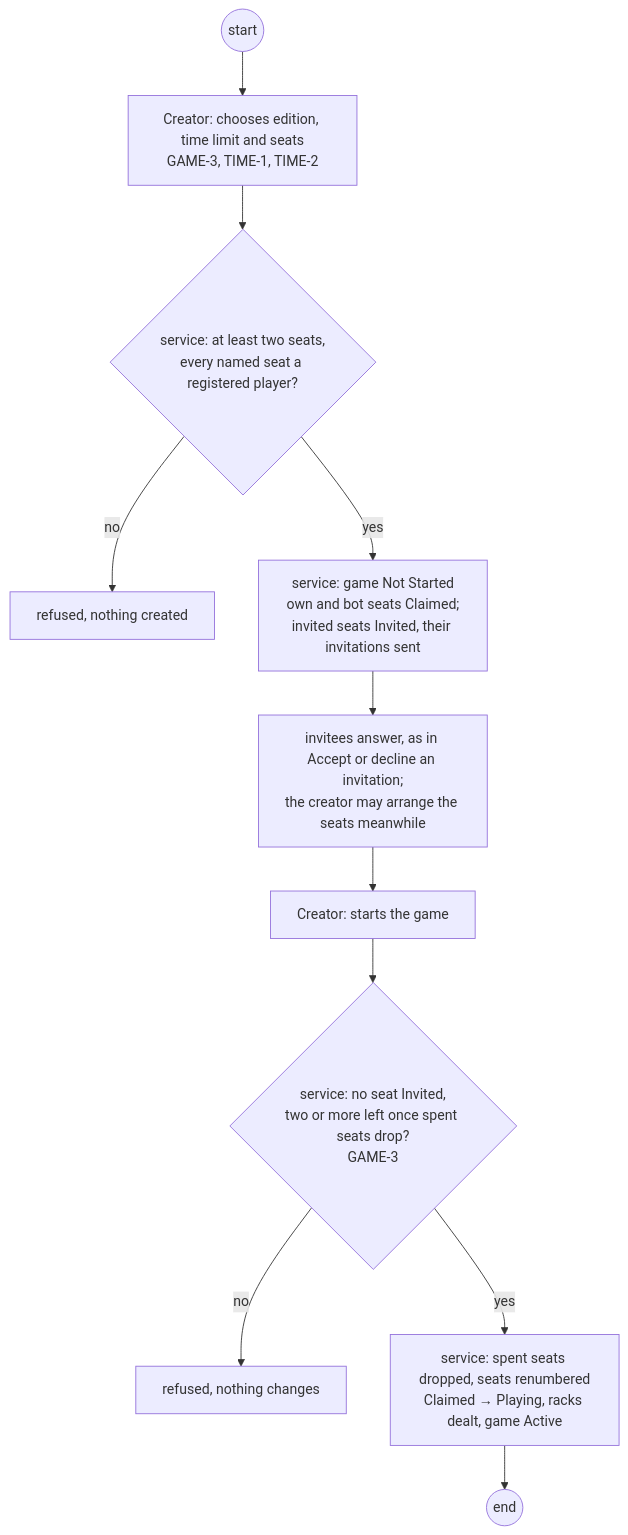
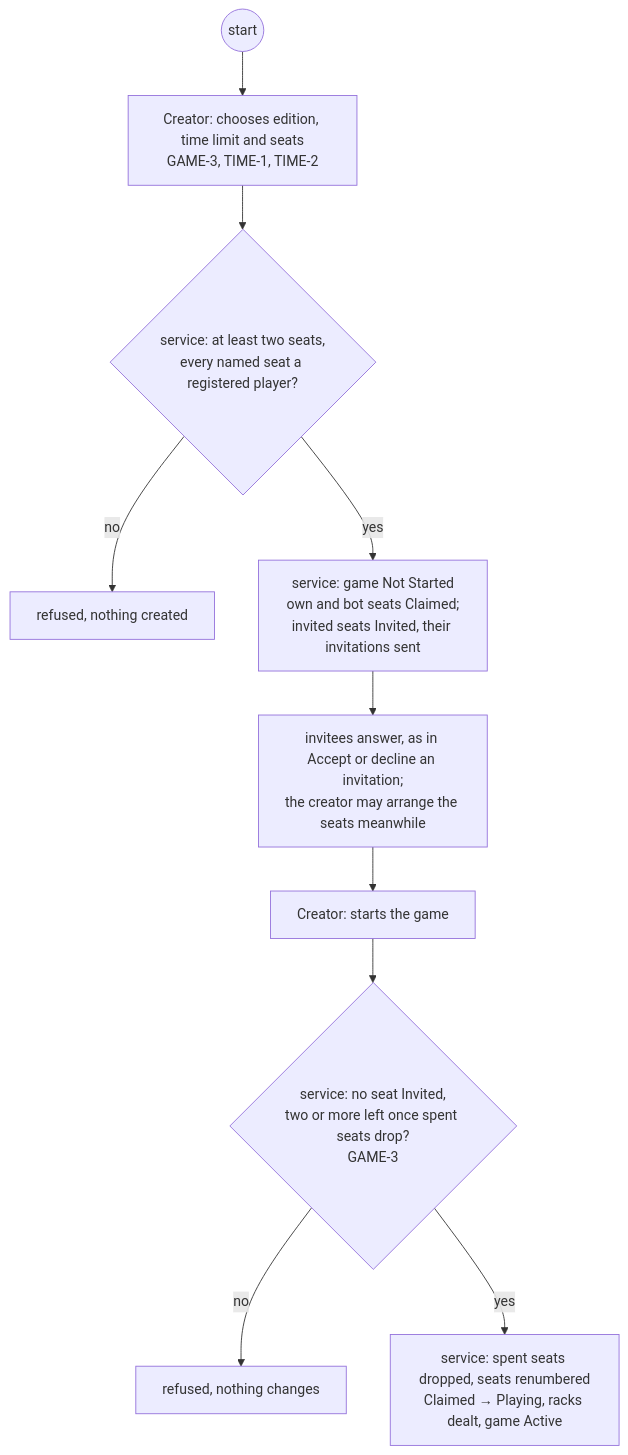
Before and after one commit to delphside/programme: the eighth of 29 diagrams in docs/changes/workstreams/application-game-architecture/71-one-game-model/71-functional.md, drawn with Mermaid. The commit also changed other lines of this file, not shown here.

First line of the commit message:
app 0.9.2 api 2.16: 71: activity diagrams drop their explicit end nodes

````diff
--- a/docs/changes/workstreams/application-game-architecture/71-one-game-model/71-functional.md
+++ b/docs/changes/workstreams/application-game-architecture/71-one-game-model/71-functional.md
@@ -190,13 +171,12 @@
 ```mermaid
 flowchart TD
   s0((start)) --> c1["Creator: chooses edition, time limit and seats<br/>GAME-3, TIME-1, TIME-2"]
   c1 --> v1{"service: at least two seats,<br/>every named seat a registered player?"}
   v1 -- no --> r1["refused, nothing created"]
   v1 -- yes --> t1["service: game Not Started<br/>own and bot seats Claimed;<br/>invited seats Invited, their invitations sent"]
   t1 --> i1["invitees answer, as in Accept or decline an invitation;<br/>the creator may arrange the seats meanwhile"]
   i1 --> c3["Creator: starts the game"]
   c3 --> v2{"service: no seat Invited,<br/>two or more left once spent seats drop?<br/>GAME-3"}
   v2 -- no --> r2["refused, nothing changes"]
   v2 -- yes --> t4["service: spent seats dropped, seats renumbered<br/>Claimed → Playing, racks dealt, game Active"]
-  t4 --> e0((end))
 ```
````
